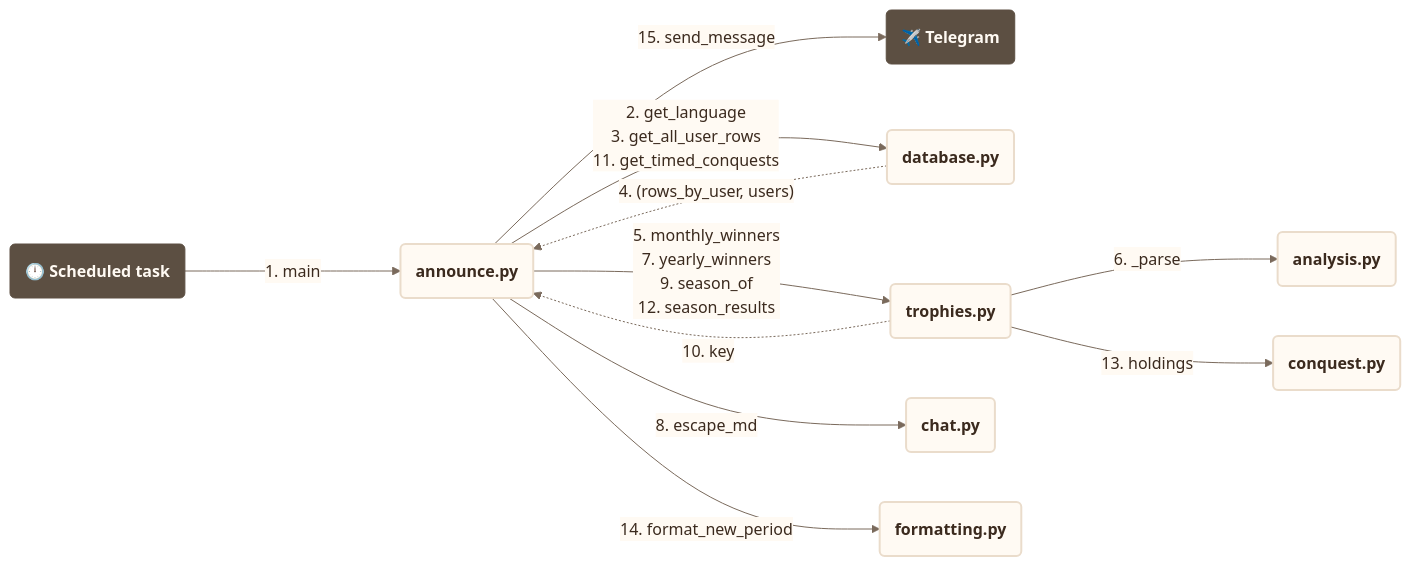
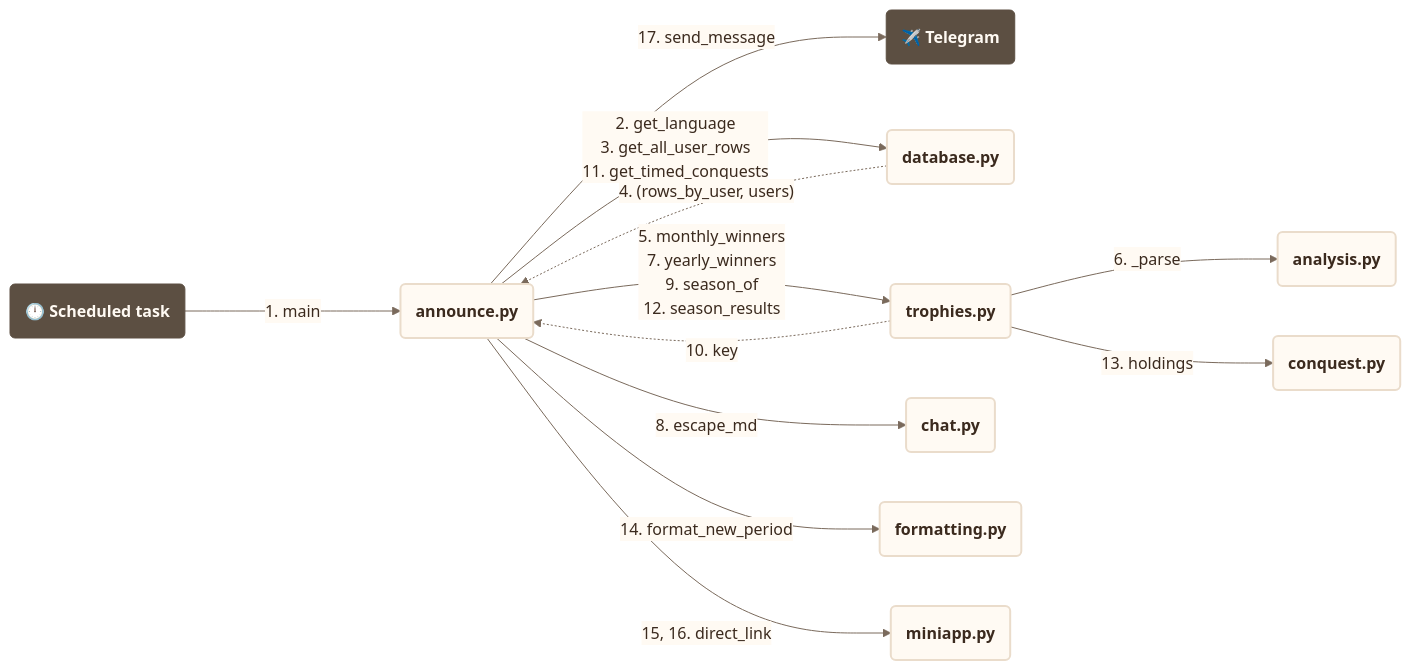
Diagram 41 of 42 in docs/use_cases.md (francescoperrino/Caccometro), drawn with Mermaid before and after one commit. The commit also changed other lines of this file and 44 other files, not shown here.

````diff
--- a/docs/use_cases.md
+++ b/docs/use_cases.md
@@ -3492,60 +3510,62 @@
 ```mermaid
 ---
 config:
   theme: base
   themeVariables:
     fontFamily: "Nunito, Segoe UI, Roboto, sans-serif"
     primaryColor: "#fffaf3"
     primaryTextColor: "#3b2a1e"
     primaryBorderColor: "#eadccb"
     secondaryColor: "#f7ecdc"
     tertiaryColor: "#f3e4d0"
     lineColor: "#7a6a5c"
     textColor: "#3b2a1e"
     edgeLabelBackground: "#fffaf3"
     clusterBkg: "#f3e4d0"
     clusterBorder: "#cbbca9"
     titleColor: "#5c4f42"
     noteBkgColor: "#f7ecdc"
     noteTextColor: "#3b2a1e"
     actorBkg: "#fffaf3"
     actorBorder: "#5c4f42"
     actorTextColor: "#3b2a1e"
     signalColor: "#7a6a5c"
     signalTextColor: "#3b2a1e"
     labelBoxBkgColor: "#f3e4d0"
     loopTextColor: "#3b2a1e"
     sequenceNumberColor: "#fffaf3"
     xyChart:
       plotColorPalette: "#2f4f8f"
   flowchart:
     nodeSpacing: 50
     rankSpacing: 160
 ---
 flowchart LR
     accTitle: Communication diagram, Midnight announcement (scheduled task)
     accDescr: The modules involved, the functions each one calls in another and what comes back, numbered as in the sequence
     task("<b>🕛 Scheduled task</b>")
     telegram("<b>✈️ Telegram</b>")
     announce("<b>announce.py</b>")
     database("<b>database.py</b>")
     trophies("<b>trophies.py</b>")
     analysis("<b>analysis.py</b>")
     chat("<b>chat.py</b>")
     conquest("<b>conquest.py</b>")
     formatting("<b>formatting.py</b>")
+    miniapp("<b>miniapp.py</b>")
     task -->|"1.#nbsp;main"| announce
     announce -->|"2.#nbsp;get_language<br/>3.#nbsp;get_all_user_rows<br/>11.#nbsp;get_timed_conquests"| database
     database -.->|"4.#nbsp;(rows_by_user, users)"| announce
     announce -->|"5.#nbsp;monthly_winners<br/>7.#nbsp;yearly_winners<br/>9.#nbsp;season_of<br/>12.#nbsp;season_results"| trophies
     trophies -->|"6.#nbsp;_parse"| analysis
     announce -->|"8.#nbsp;escape_md"| chat
     trophies -.->|"10.#nbsp;key"| announce
     trophies -->|"13.#nbsp;holdings"| conquest
     announce -->|"14.#nbsp;format_new_period"| formatting
-    announce -->|"15.#nbsp;send_message"| telegram
+    announce -->|"15, 16.#nbsp;direct_link"| miniapp
+    announce -->|"17.#nbsp;send_message"| telegram
     classDef step fill:#fffaf3,stroke:#eadccb,stroke-width:2px,color:#3b2a1e
     classDef person fill:#5c4f42,stroke:#5c4f42,color:#fffaf3
-    class announce,database,trophies,analysis,chat,conquest,formatting step
+    class announce,database,trophies,analysis,chat,conquest,formatting,miniapp step
     class task,telegram person
 ```
````
